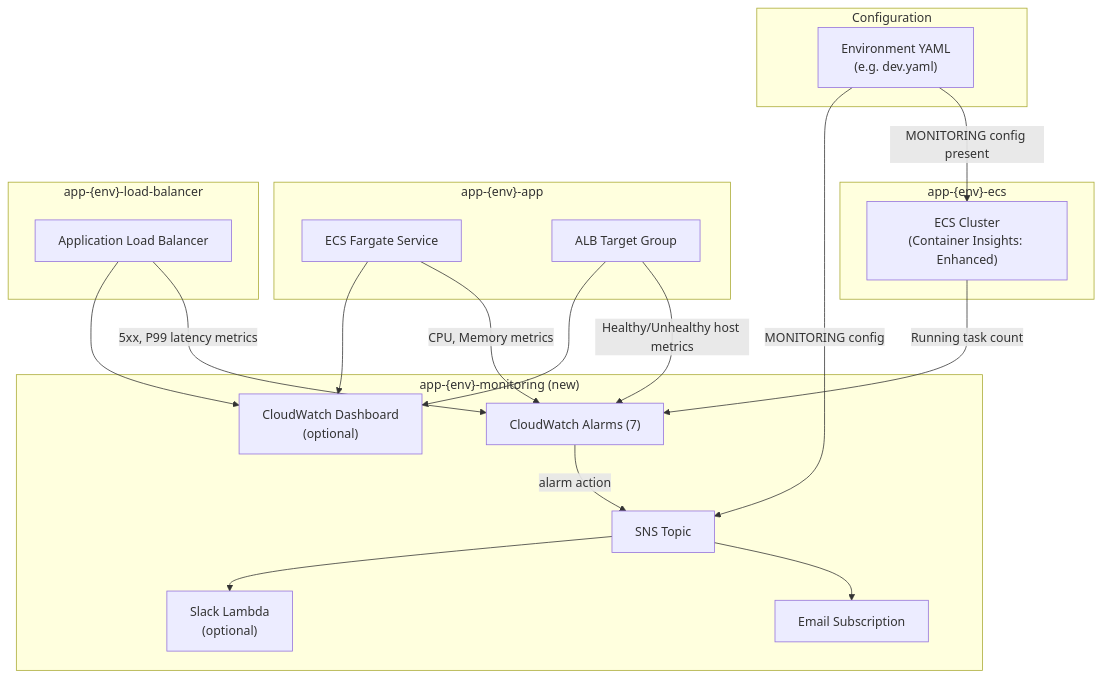
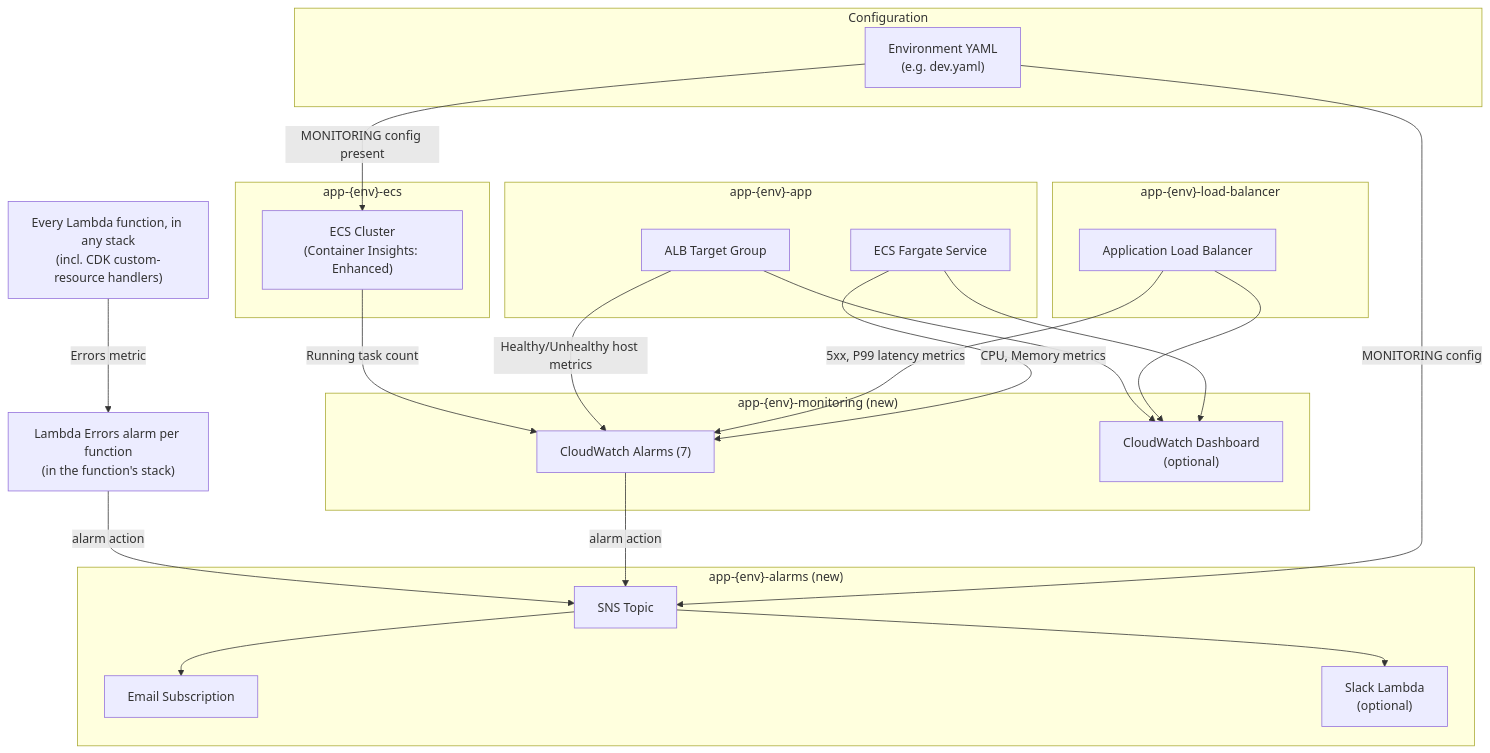
One commit to Sage-Bionetworks-IT/aws-cdk-ecs-infra-template changed the first of 3 diagrams in README.md. Above: the diagram before and after it, drawn with Mermaid. The commit also changed other lines of this file and 7 other files, not shown here.

````diff
--- a/README.md
+++ b/README.md
@@ -267,40 +269,48 @@
 ```mermaid
 graph TB
     subgraph "Configuration"
         YAML["Environment YAML<br/>(e.g. dev.yaml)"]
     end
 
     subgraph "app-{env}-ecs"
         CLUSTER["ECS Cluster<br/>(Container Insights: Enhanced)"]
     end
 
     subgraph "app-{env}-app"
         ECS["ECS Fargate Service"]
         TG["ALB Target Group"]
     end
 
     subgraph "app-{env}-load-balancer"
         ALB["Application Load Balancer"]
     end
 
-    subgraph "app-{env}-monitoring (new)"
+    subgraph "app-{env}-alarms (new)"
         SNS["SNS Topic"]
         EMAIL["Email Subscription"]
         SLACK["Slack Lambda<br/>(optional)"]
+    end
+
+    subgraph "app-{env}-monitoring (new)"
         ALARMS["CloudWatch Alarms (7)"]
         DASH["CloudWatch Dashboard<br/>(optional)"]
     end
+
+    LAMBDAS["Every Lambda function, in any stack<br/>(incl. CDK custom-resource handlers)"]
+    LAMBDA_ALARMS["Lambda Errors alarm per function<br/>(in the function's stack)"]
 
     YAML -->|MONITORING config present| CLUSTER
     YAML -->|MONITORING config| SNS
     SNS --> EMAIL
     SNS --> SLACK
     ALARMS -->|alarm action| SNS
+    LAMBDAS -->|Errors metric| LAMBDA_ALARMS
+    LAMBDA_ALARMS -->|alarm action| SNS
     ECS -->|CPU, Memory metrics| ALARMS
     ALB -->|5xx, P99 latency metrics| ALARMS
     TG -->|Healthy/Unhealthy host metrics| ALARMS
     CLUSTER -->|Running task count| ALARMS
     ECS --> DASH
     ALB --> DASH
     TG --> DASH
 ```
````
